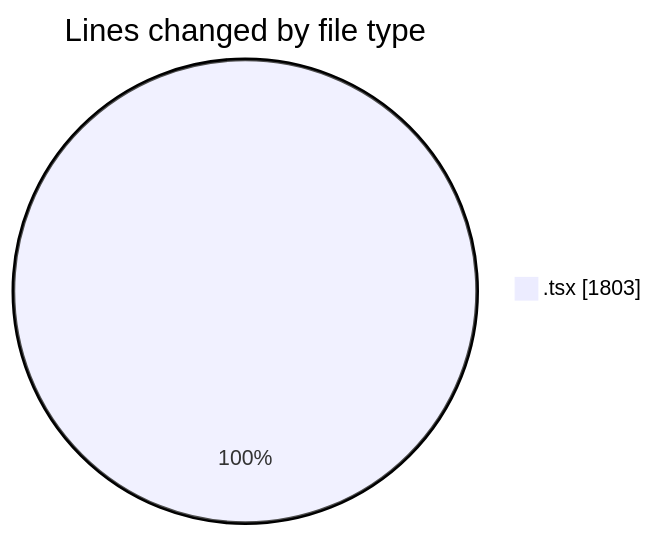
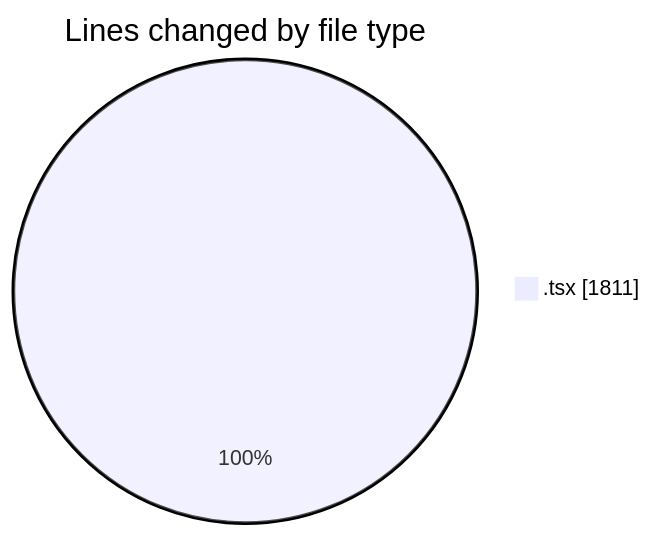
One commit to JenPaints/code-tracking changed the first of 2 diagrams in 2025-05-29/kimberly-groups/README.md. Above: the diagram before and after it, drawn with Mermaid. The commit also changed other lines of this file and 1 other file, not shown here.

````diff
--- a/2025-05-29/kimberly-groups/README.md
+++ b/2025-05-29/kimberly-groups/README.md
@@ -25,5 +25,5 @@
 ```mermaid
 pie showData
 title Lines changed by file type
-".tsx" : 1803
+".tsx" : 1811
 ```
````
